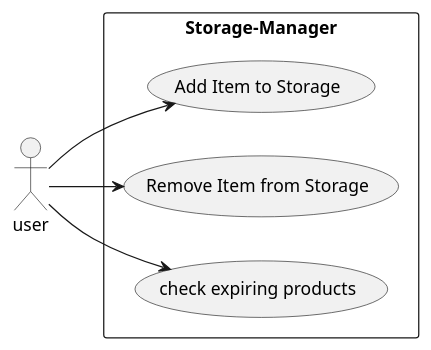
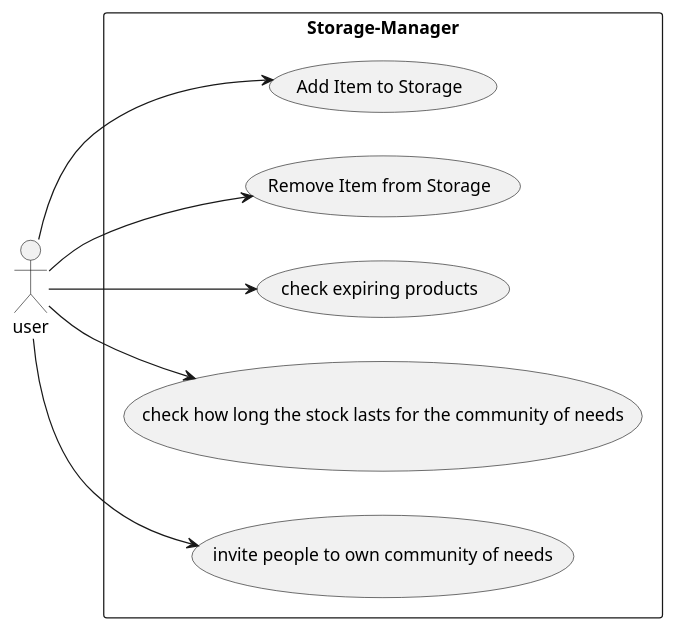
The diagram in storageManager/uml/UseCase.plantuml (better-live-movement/concepts), drawn with PlantUML before and after one commit.

```diff
--- a/storageManager/uml/UseCase.plantuml
+++ b/storageManager/uml/UseCase.plantuml
@@ -1,11 +1,13 @@
 @startuml
 skinparam packageStyle rectangle
 left to right direction
 
 actor user
 
 rectangle Storage-Manager {
   user --> (Add Item to Storage)
   user --> (Remove Item from Storage)
   user --> (check expiring products)
+  user --> (check how long the stock lasts for the community of needs)
+  user --> (invite people to own community of needs)
 @enduml
```
